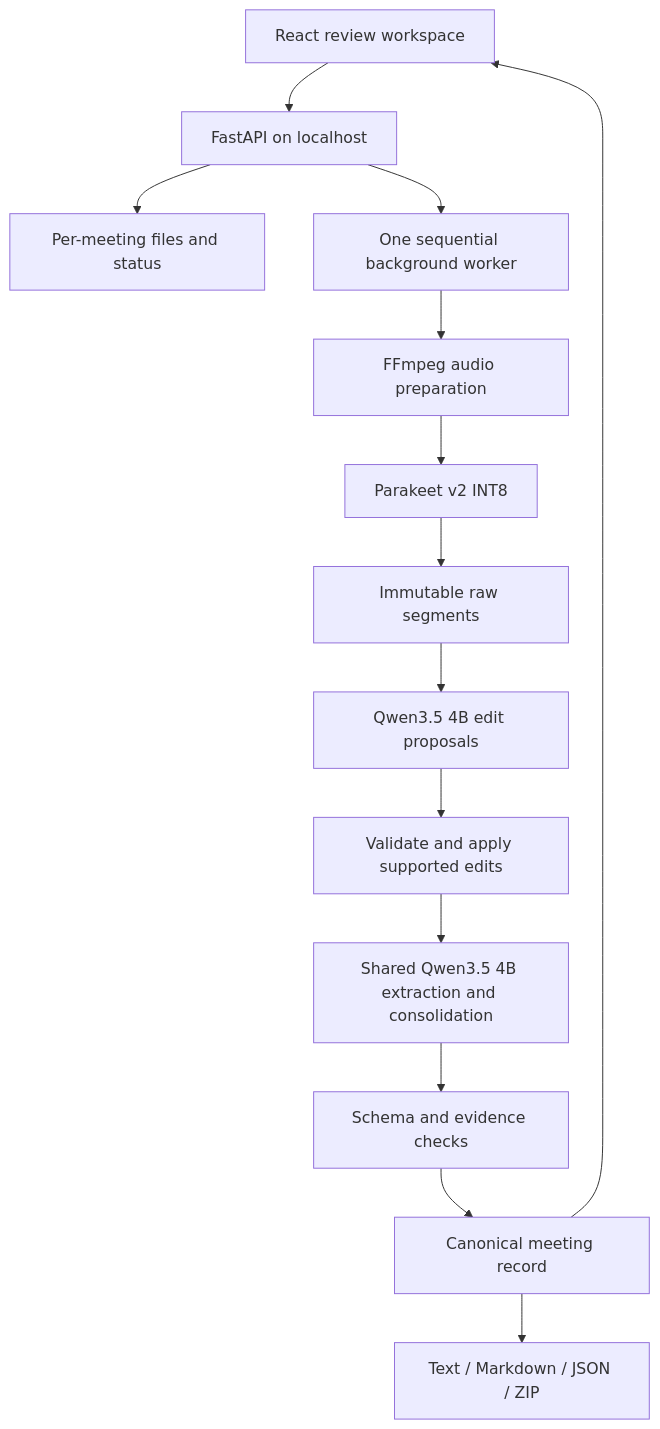
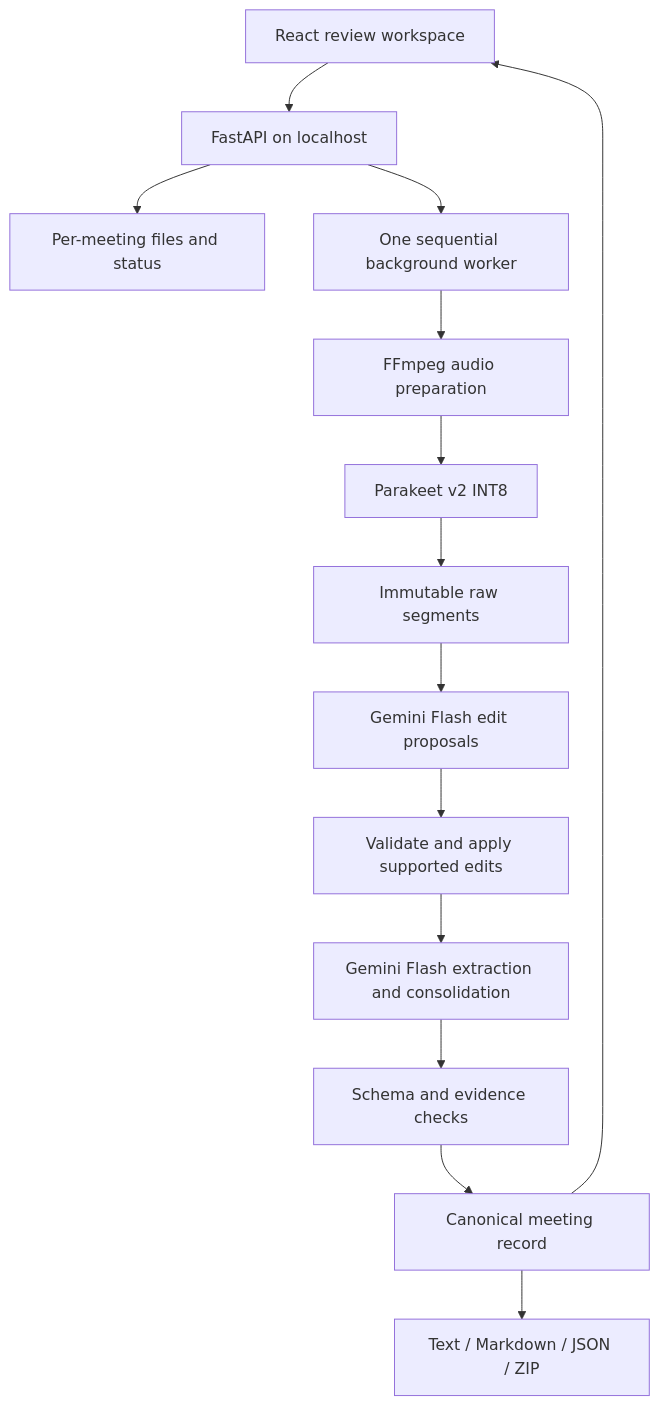
The diagram in docs/DESIGN.md (mynkz3/metawispr), drawn with Mermaid before and after one commit. The commit also changed other lines of this file and 16 other files, not shown here.

Commit message:
feat: use Gemini Flash for validated meeting LLM stages

````diff
--- a/docs/DESIGN.md
+++ b/docs/DESIGN.md
@@ -73,16 +81,16 @@
 ```mermaid
 flowchart TD
     UI[React review workspace] --> API[FastAPI on localhost]
     API --> FILES[Per-meeting files and status]
     API --> WORKER[One sequential background worker]
     WORKER --> AUDIO[FFmpeg audio preparation]
     AUDIO --> ASR[Parakeet v2 INT8]
     ASR --> RAW[Immutable raw segments]
-    RAW --> REF[Qwen3.5 4B edit proposals]
+    RAW --> REF[Gemini Flash edit proposals]
     REF --> GUARD[Validate and apply supported edits]
-    GUARD --> DOC[Shared Qwen3.5 4B extraction and consolidation]
+    GUARD --> DOC[Gemini Flash extraction and consolidation]
     DOC --> CHECK[Schema and evidence checks]
     CHECK --> RECORD[Canonical meeting record]
     RECORD --> UI
     RECORD --> EXPORT[Text / Markdown / JSON / ZIP]
 ```
````
